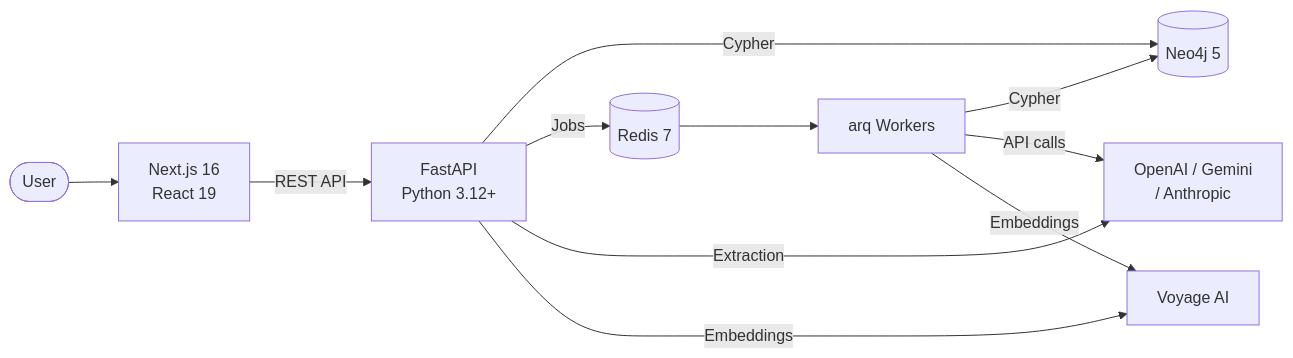
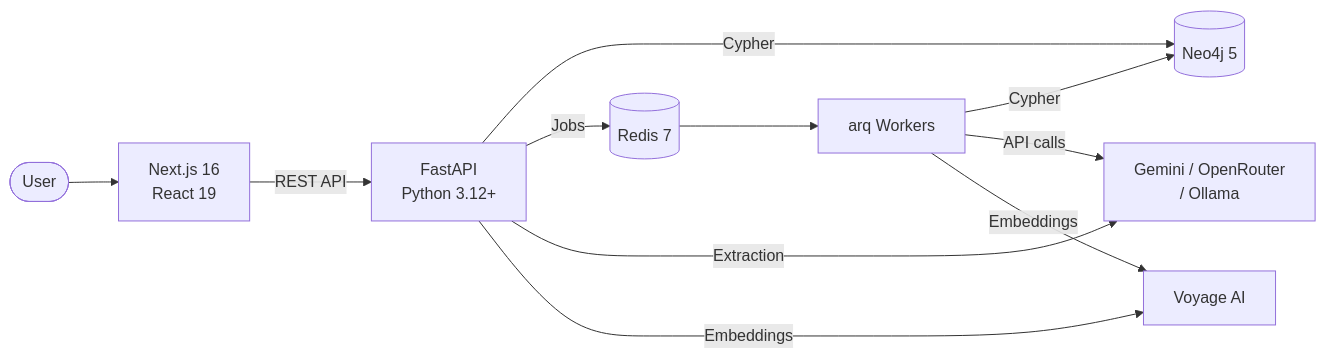
One commit to xairon/WorldRAG changed the diagram in docs/README.md. Above: the diagram before and after it, drawn with Mermaid. The commit also changed other lines of this file and 59 other files, not shown here.

````diff
--- a/docs/README.md
+++ b/docs/README.md
@@ -28,13 +28,13 @@
 ```mermaid
 graph LR
     User([User]) --> Frontend[Next.js 16<br/>React 19]
     Frontend -->|REST API| Backend[FastAPI<br/>Python 3.12+]
     Backend -->|Cypher| Neo4j[(Neo4j 5)]
     Backend -->|Jobs| Redis[(Redis 7)]
-    Backend -->|Extraction| LLMs[OpenAI / Gemini<br/>/ Anthropic]
+    Backend -->|Extraction| LLMs[Gemini / OpenRouter<br/>/ Ollama]
     Backend -->|Embeddings| Voyage[Voyage AI]
     Redis --> Workers[arq Workers]
     Workers -->|Cypher| Neo4j
     Workers -->|API calls| LLMs
     Workers -->|Embeddings| Voyage
 ```
````
